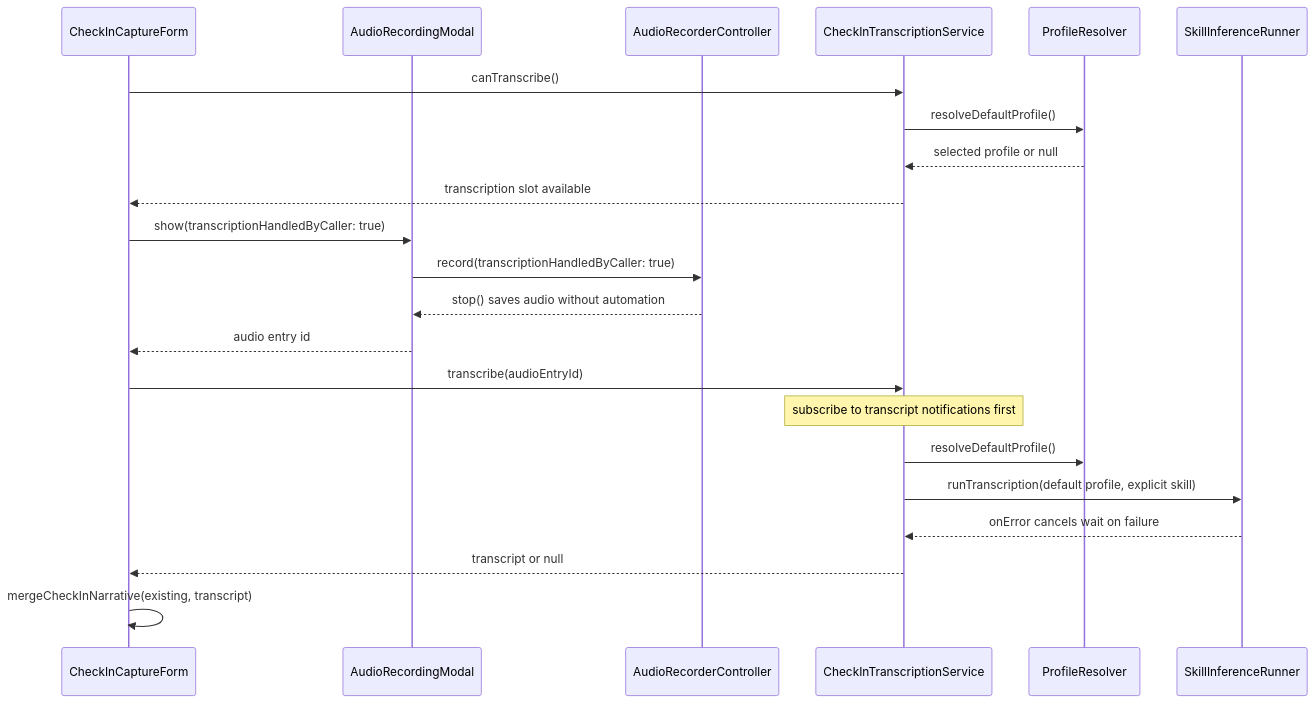
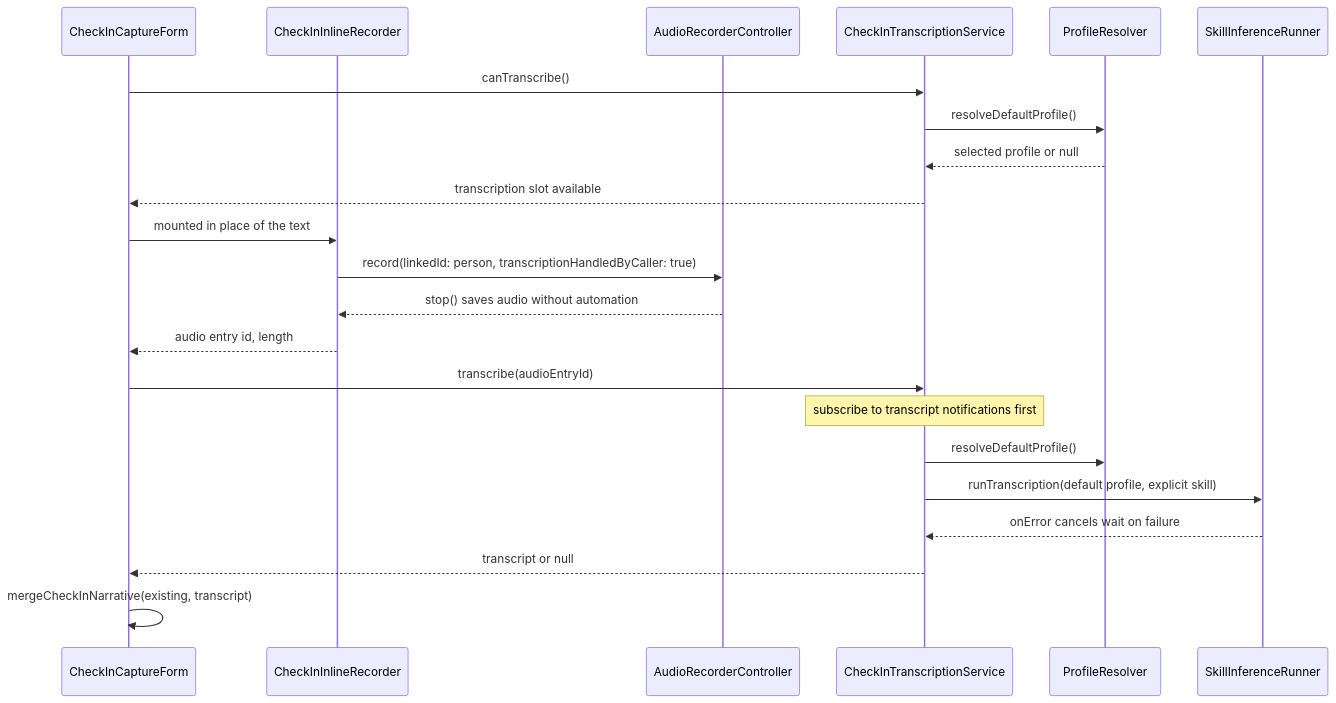
Before and after one commit to matthiasn/lotti: the tenth of 12 diagrams in knowledge/features/relationships.md, drawn with Mermaid. The commit also changed other lines of this file and 51 other files, not shown here.

First line of the commit message:
feat(relationships): one check-in composer with inline dictation, and the briefing card state matrix

````diff
--- a/knowledge/features/relationships.md
+++ b/knowledge/features/relationships.md
@@ -1095,24 +1221,24 @@
 ```mermaid
 sequenceDiagram
   participant Sheet as CheckInCaptureForm
-  participant Modal as AudioRecordingModal
+  participant Inline as CheckInInlineRecorder
   participant Rec as AudioRecorderController
   participant Svc as CheckInTranscriptionService
   participant Profile as ProfileResolver
   participant Runner as SkillInferenceRunner
   Sheet->>Svc: canTranscribe()
   Svc->>Profile: resolveDefaultProfile()
   Profile-->>Svc: selected profile or null
   Svc-->>Sheet: transcription slot available
-  Sheet->>Modal: show(transcriptionHandledByCaller: true)
-  Modal->>Rec: record(transcriptionHandledByCaller: true)
-  Rec-->>Modal: stop() saves audio without automation
-  Modal-->>Sheet: audio entry id
+  Sheet->>Inline: mounted in place of the text
+  Inline->>Rec: record(linkedId: person, transcriptionHandledByCaller: true)
+  Rec-->>Inline: stop() saves audio without automation
+  Inline-->>Sheet: audio entry id, length
   Sheet->>Svc: transcribe(audioEntryId)
   Note over Svc: subscribe to transcript notifications first
   Svc->>Profile: resolveDefaultProfile()
   Svc->>Runner: runTranscription(default profile, explicit skill)
   Runner-->>Svc: onError cancels wait on failure
   Svc-->>Sheet: transcript or null
   Sheet->>Sheet: mergeCheckInNarrative(existing, transcript)
 ```
````
